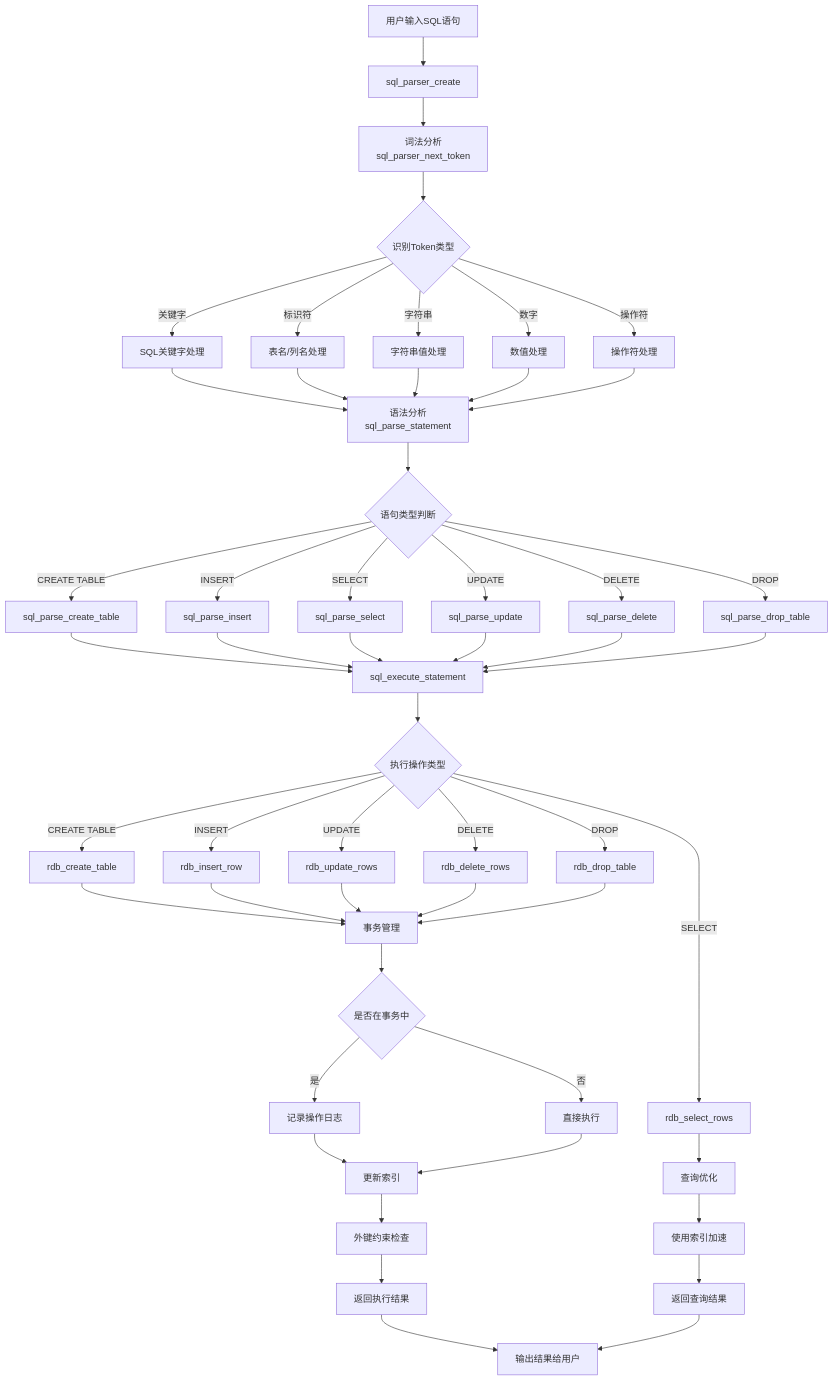
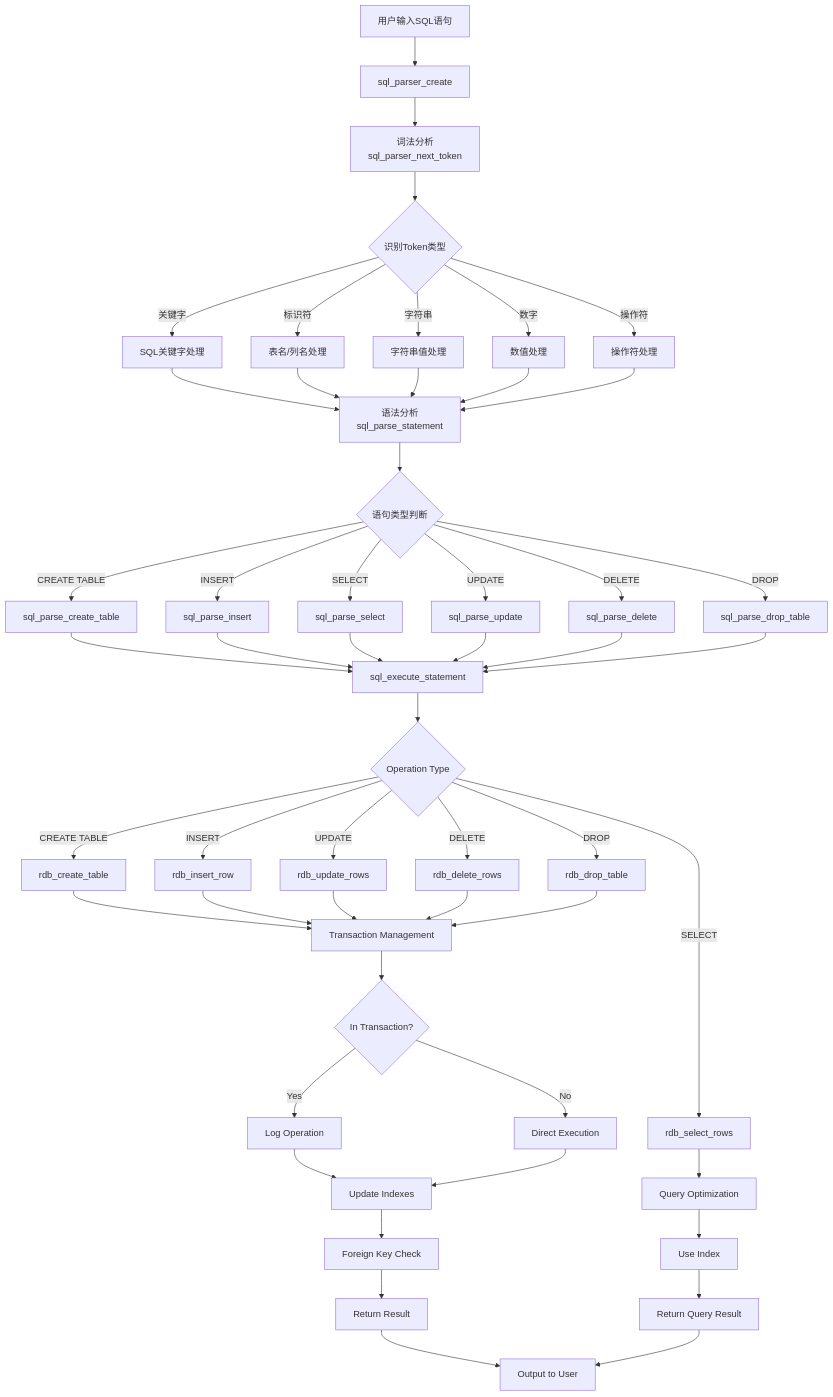
Before and after one commit to oxUnd/fi: the third of 5 diagrams in examples/rdb/README.md, drawn with Mermaid. The commit also changed other lines of this file, not shown here.

````diff
--- a/examples/rdb/README.md
+++ b/examples/rdb/README.md
@@ -226,66 +226,66 @@
 ```mermaid
 flowchart TD
     A[用户输入SQL语句] --> B[sql_parser_create]
     B --> C[词法分析<br/>sql_parser_next_token]
     C --> D{识别Token类型}
     
     D -->|关键字| E[SQL关键字处理]
     D -->|标识符| F[表名/列名处理]
     D -->|字符串| G[字符串值处理]
     D -->|数字| H[数值处理]
     D -->|操作符| I[操作符处理]
     
     E --> J[语法分析<br/>sql_parse_statement]
     F --> J
     G --> J
     H --> J
     I --> J
     
     J --> K{语句类型判断}
     
     K -->|CREATE TABLE| L[sql_parse_create_table]
     K -->|INSERT| M[sql_parse_insert]
     K -->|SELECT| N[sql_parse_select]
     K -->|UPDATE| O[sql_parse_update]
     K -->|DELETE| P[sql_parse_delete]
     K -->|DROP| Q[sql_parse_drop_table]
     
     L --> R[sql_execute_statement]
     M --> R
     N --> R
     O --> R
     P --> R
     Q --> R
     
-    R --> S{执行操作类型}
+    R --> S{"Operation Type"}
     
-    S -->|CREATE TABLE| T[rdb_create_table]
-    S -->|INSERT| U[rdb_insert_row]
-    S -->|SELECT| V[rdb_select_rows]
-    S -->|UPDATE| W[rdb_update_rows]
-    S -->|DELETE| X[rdb_delete_rows]
-    S -->|DROP| Y[rdb_drop_table]
+    S -->|"CREATE TABLE"| T["rdb_create_table"]
+    S -->|"INSERT"| U["rdb_insert_row"]
+    S -->|"SELECT"| V["rdb_select_rows"]
+    S -->|"UPDATE"| W["rdb_update_rows"]
+    S -->|"DELETE"| X["rdb_delete_rows"]
+    S -->|"DROP"| Y["rdb_drop_table"]
     
-    T --> Z[事务管理]
+    T --> Z["Transaction Management"]
     U --> Z
     W --> Z
     X --> Z
     Y --> Z
     
-    Z --> AA{是否在事务中}
-    AA -->|是| BB[记录操作日志]
-    AA -->|否| CC[直接执行]
+    Z --> AA{"In Transaction?"}
+    AA -->|"Yes"| BB["Log Operation"]
+    AA -->|"No"| CC["Direct Execution"]
     
-    BB --> DD[更新索引]
+    BB --> DD["Update Indexes"]
     CC --> DD
     
-    DD --> EE[外键约束检查]
-    EE --> FF[返回执行结果]
+    DD --> EE["Foreign Key Check"]
+    EE --> FF["Return Result"]
     
-    V --> GG[查询优化]
-    GG --> HH[使用索引加速]
-    HH --> II[返回查询结果]
+    V --> GG["Query Optimization"]
+    GG --> HH["Use Index"]
+    HH --> II["Return Query Result"]
     
-    FF --> JJ[输出结果给用户]
+    FF --> JJ["Output to User"]
     II --> JJ
 ```
````
